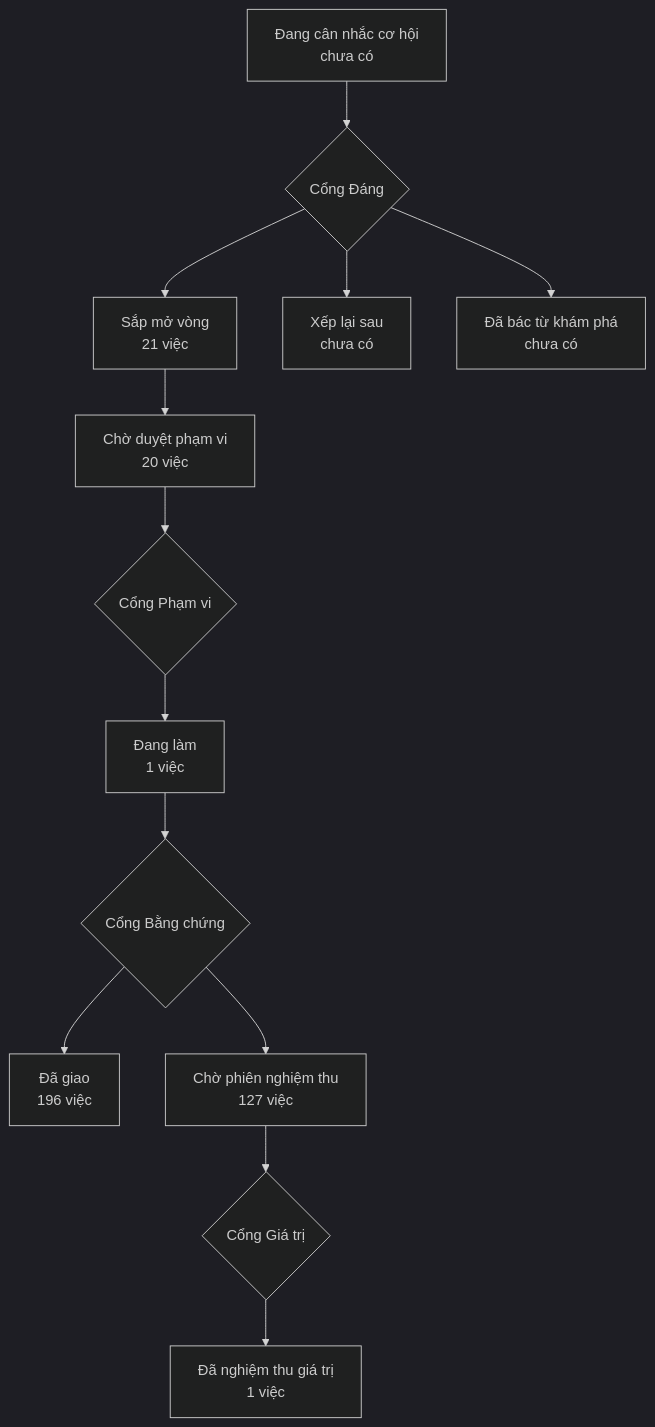
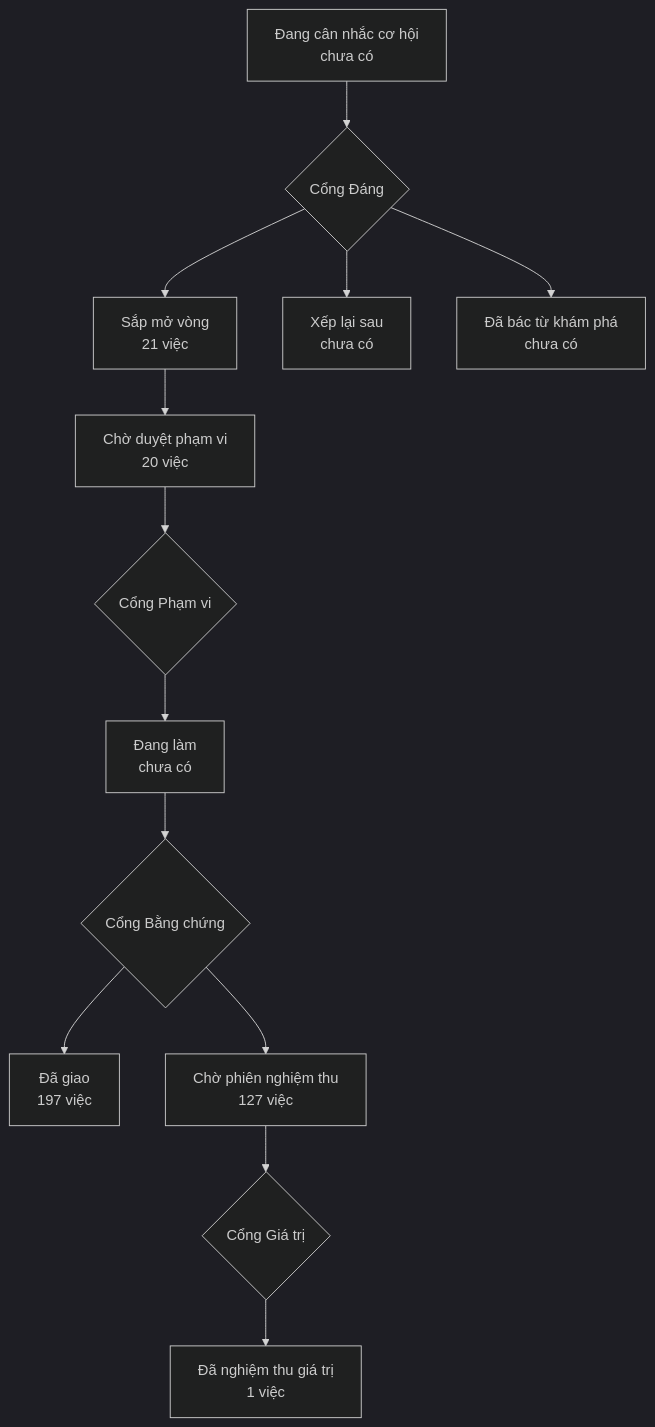
The diagram in PRODUCT-MAP.md (phanlemanh/onehub-invest), drawn with Mermaid (dark theme) before and after one commit. The commit also changed other lines of this file and 4 other files, not shown here.

````diff
--- a/PRODUCT-MAP.md
+++ b/PRODUCT-MAP.md
@@ -7,12 +7,12 @@
 ```mermaid
 flowchart TD
   A["Đang cân nhắc cơ hội<br/>chưa có"] --> GD{"Cổng Đáng"}
   GD --> B["Sắp mở vòng<br/>21 việc"]
   GD --> XL["Xếp lại sau<br/>chưa có"]
   GD --> DB["Đã bác từ khám phá<br/>chưa có"]
   B --> CD["Chờ duyệt phạm vi<br/>20 việc"] --> GP{"Cổng Phạm vi"}
-  GP --> DL["Đang làm<br/>1 việc"] --> GB{"Cổng Bằng chứng"}
-  GB --> DG["Đã giao<br/>196 việc"]
+  GP --> DL["Đang làm<br/>chưa có"] --> GB{"Cổng Bằng chứng"}
+  GB --> DG["Đã giao<br/>197 việc"]
   GB --> CN["Chờ phiên nghiệm thu<br/>127 việc"] --> GG{"Cổng Giá trị"}
   GG --> NT["Đã nghiệm thu giá trị<br/>1 việc"]
 ```
````
